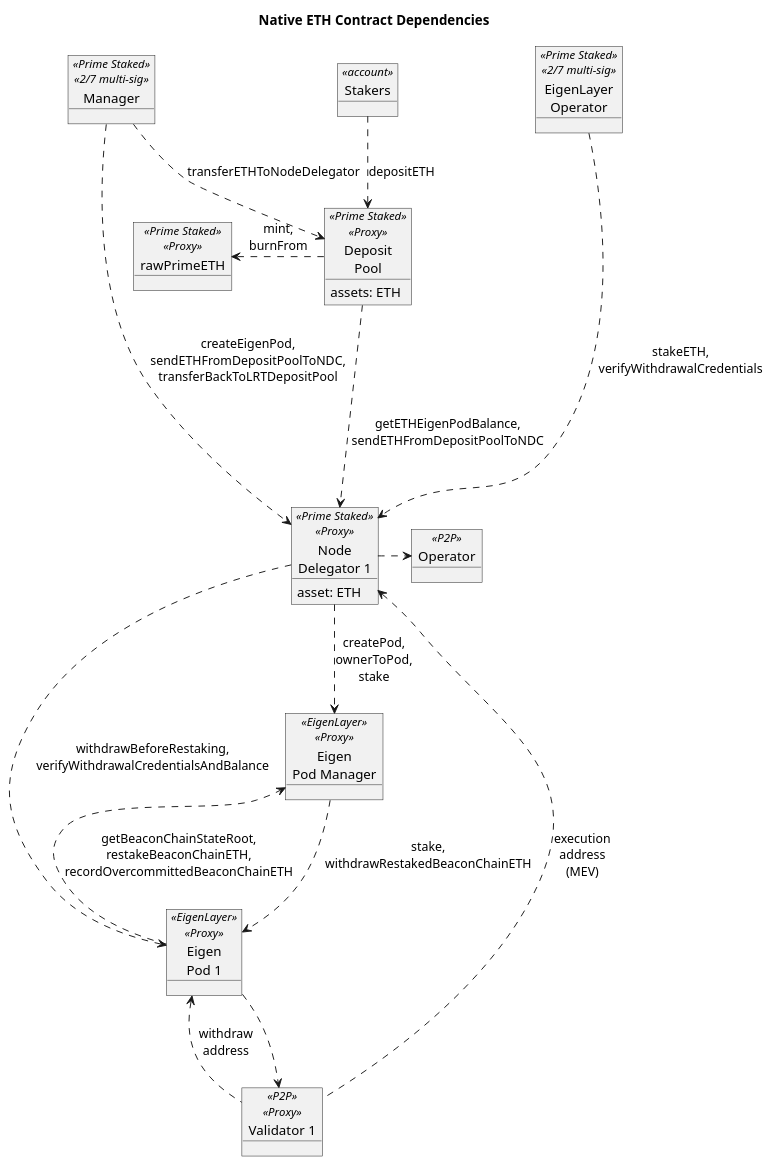
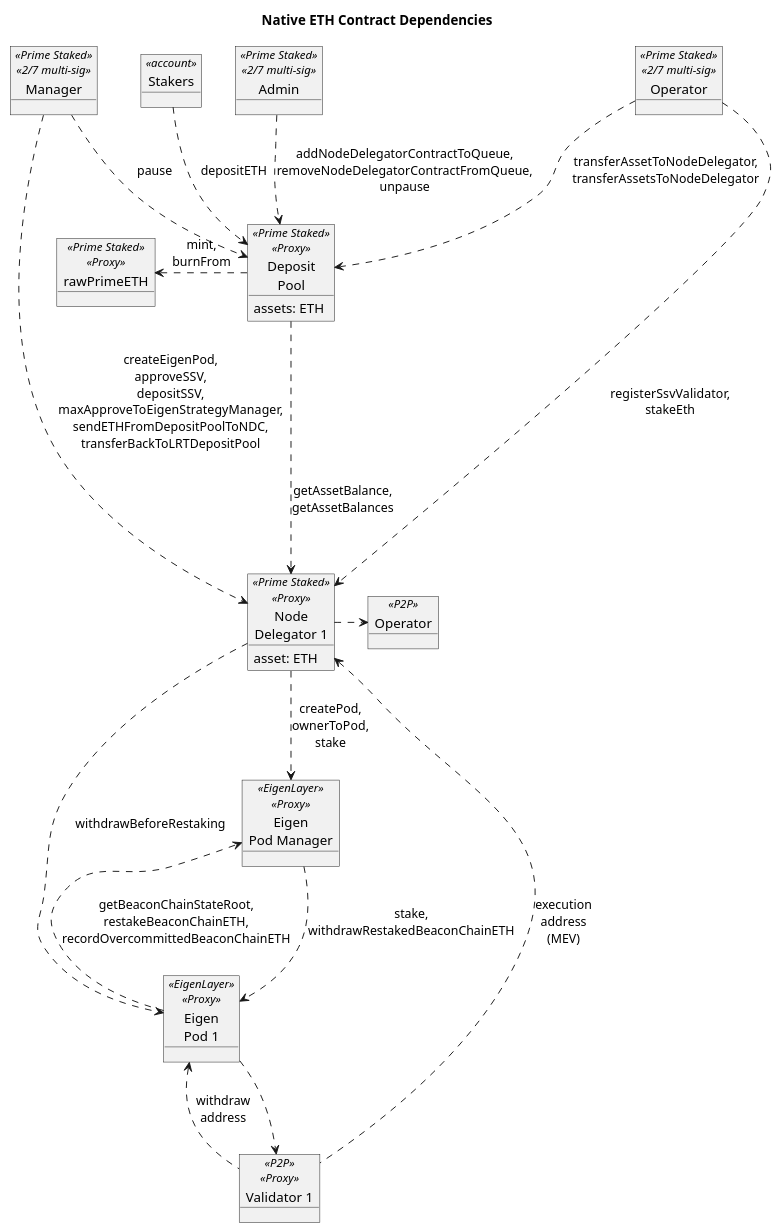
One commit to oplabs/primestaked-eth changed the diagram in docs/plantuml/nativeEthContracts.puml. Above: the diagram before and after it, drawn with PlantUML. The commit also changed 49 other files, not shown here.

```diff
--- a/docs/plantuml/nativeEthContracts.puml
+++ b/docs/plantuml/nativeEthContracts.puml
@@ -1,91 +1,94 @@
 @startuml
 
 skinparam tabSize 2
 
 ' title "Prime Staked ETH Contract Dependencies"
 ' title "Prime Staked ETH Oracle Contract Dependencies"
 title "Native ETH Contract Dependencies"
 ' title "EigenLayer Contract Dependencies"
 
 object "Stakers" as staker <<account>> {
 }
 ' object "Anyone" as any <<account>> {
 ' }
 
 
 object "Manager" as man <<Prime Staked>> <<2/7 multi-sig>> {
 }
 
-' object "Admin" as admin <<Prime Staked>> <<2/7 multi-sig>> {
-' }
+object "Admin" as admin <<Prime Staked>> <<2/7 multi-sig>> {
+}
 
-object "EigenLayer\nOperator" as op <<Prime Staked>> <<2/7 multi-sig>> {
+object "Operator" as op <<Prime Staked>> <<2/7 multi-sig>> {
 }
 
 object "rawPrimeETH" as peth <<Prime Staked>> <<Proxy>> {
 }
 
 object "Deposit\nPool" as dep <<Prime Staked>> <<Proxy>> {
 assets: ETH
 }
 
 ' object "Config" as config <<Prime Staked>> <<Proxy>> {
 ' }
 
 object "Node\nDelegator 1" as del1 <<Prime Staked>> <<Proxy>> {
 asset: ETH
 }
 
 object "Operator" as eop <<P2P>> {
 }
 
 object "Eigen\nPod Manager" as podMan <<EigenLayer>> <<Proxy>> {
 }
 object "Eigen\nPod 1" as pod1 <<EigenLayer>> <<Proxy>> {
 }
 ' object "Eigen\nPod 2" as pod2 <<EigenLayer>> <<Proxy>> {
 ' }
 object "Validator 1" as val1 <<P2P>> <<Proxy>> {
 }
 
 staker ..> dep : depositETH
 
-' Main functions
-man ..> dep : transferETHToNodeDelegator
-man ....> del1 : createEigenPod,\nsendETHFromDepositPoolToNDC,\ntransferBackToLRTDepositPool
-op ....> del1 : stakeETH,\nverifyWithdrawalCredentials
+' Main LRTDepositPool functions
+admin ..> dep : addNodeDelegatorContractToQueue,\nremoveNodeDelegatorContractFromQueue,\nunpause
+man ..> dep : pause
+op ..> dep : transferAssetToNodeDelegator,\ntransferAssetsToNodeDelegator
+
+' Main NodeDelegator functions
+man ....> del1 : createEigenPod,\napproveSSV,\ndepositSSV,\nmaxApproveToEigenStrategyManager,\nsendETHFromDepositPoolToNDC,\ntransferBackToLRTDepositPool
+op ....> del1 : registerSsvValidator,\nstakeEth
 
 ' ' All functions
 ' admin ..> dep : setMinAmountToDeposit,\nupdateMaxNodeDelegatorLimit,\nupdateLRTConfig,\nunpause
 ' admin ..> peth : updateLRTConfig,\nunpause
 ' admin ....> del1 : updateLRTConfig,\nunpause
 ' admin ...> oracle : updatePriceOracleFor,\nupdateLRTConfig
 ' man ..> dep : transferAssetToNodeDelegator,\nswapAssetWithinDepositPool,\npause
 ' man ..> peth : pause
 ' man ....> del1 : depositAssetIntoStrategy,\ntransferBackToLRTDepositPool
 ' op ....> del1 : stakeEth
 
 peth <. dep : mint,\nburnFrom
 
 ' dep ..> config : hasRole,\ndepositLimitByAsset,\ngetContract,\nprimeETH
 ' config <.. del1 : hasRole,\ngetContract,\nassetStrategy
 ' oracle ..> config : hasRole,\ngetContract,\ngetSupportedAssetList,\nprimeETH
 ' peth ..> config : hasRole
 
-dep ...> del1 : getETHEigenPodBalance,\nsendETHFromDepositPoolToNDC
+dep ...> del1 : getAssetBalance,\ngetAssetBalances
 
 del1 .> eop
 
 del1 ..> podMan : createPod,\nownerToPod,\nstake
 podMan ..> pod1 : stake,\nwithdrawRestakedBeaconChainETH
 pod1 ..> podMan : getBeaconChainStateRoot,\nrestakeBeaconChainETH,\nrecordOvercommittedBeaconChainETH
 
-del1 ...> pod1 : withdrawBeforeRestaking,\nverifyWithdrawalCredentialsAndBalance
-' any ..> pod1 : verifyWithdrawalCredentialsAndBalance
+del1 ...> pod1 : withdrawBeforeRestaking
 
 pod1 ..> val1
 
 pod1 <.. val1 : withdraw\naddress
 del1 <.... val1 : execution\naddress\n(MEV)
 
 @enduml
```
